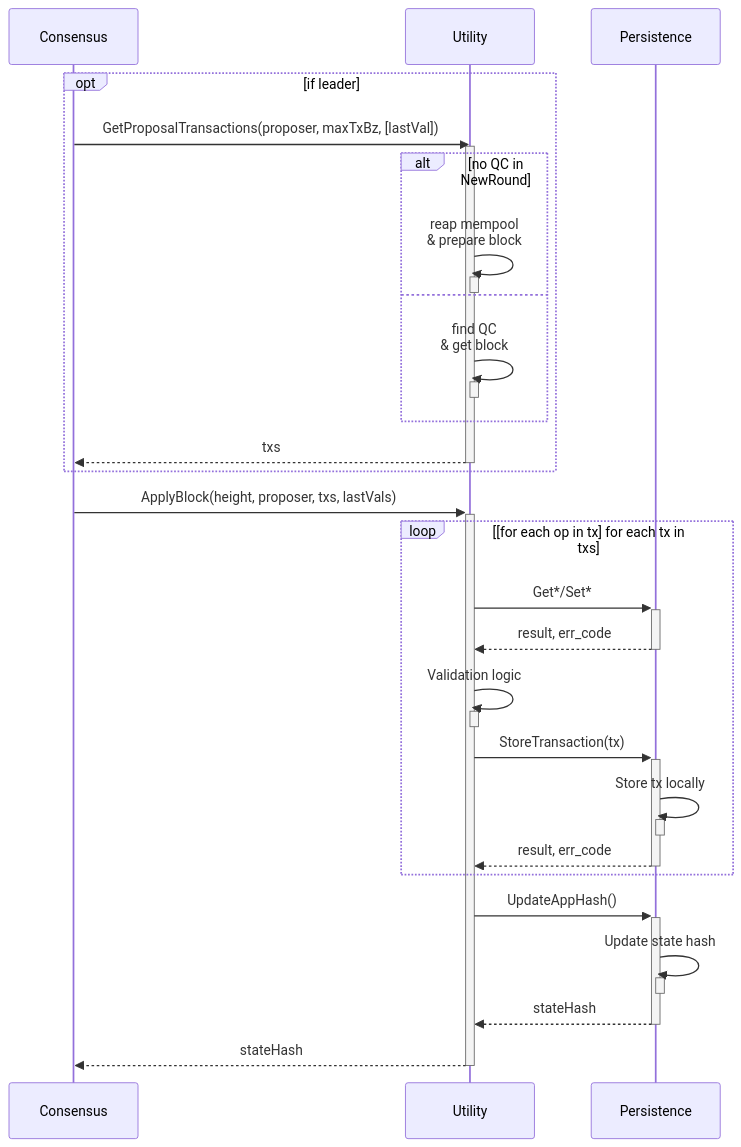
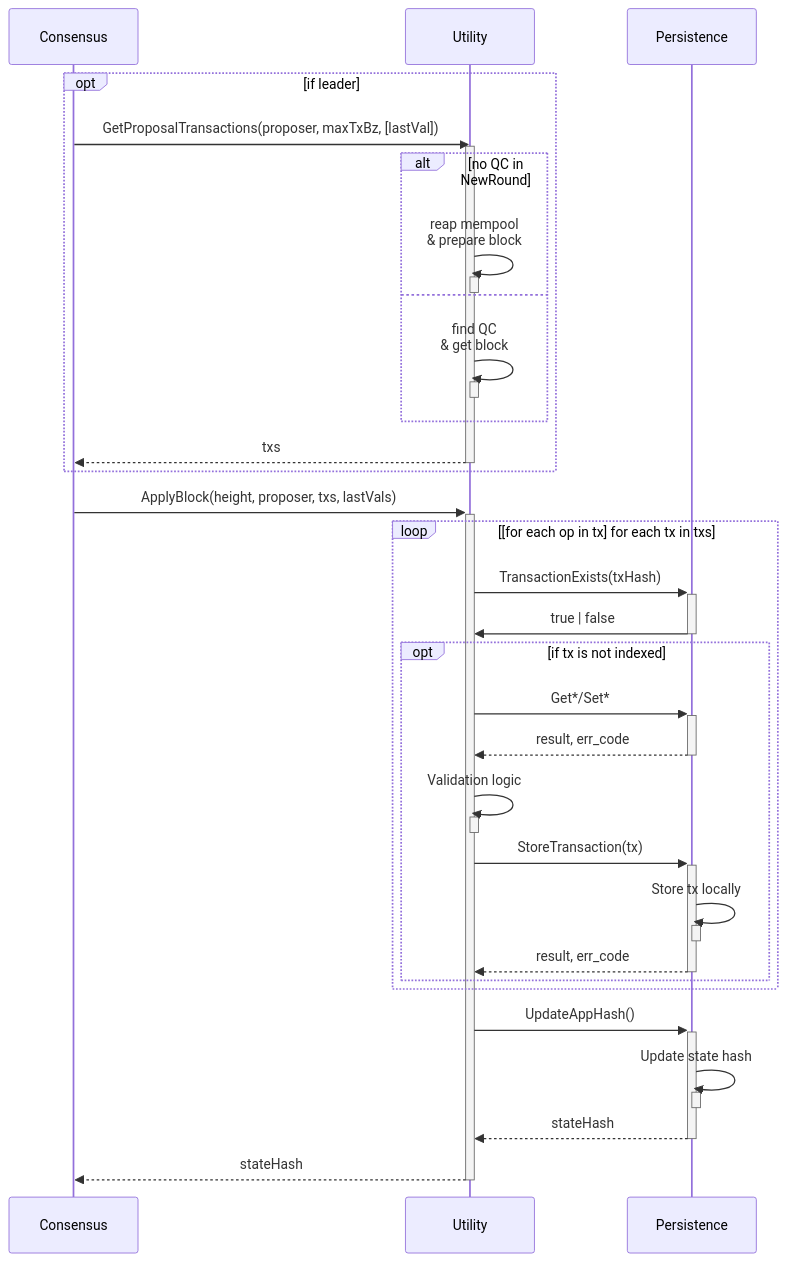
The second of 3 diagrams in shared/docs/flows/AppHash.md (pokt-network/pocket), drawn with Mermaid before and after one commit.

Commit message:
Add call to tx exists

````diff
--- a/shared/docs/flows/AppHash.md
+++ b/shared/docs/flows/AppHash.md
@@ -50,44 +50,48 @@
 ```mermaid
 sequenceDiagram
     participant C as Consensus
     participant U as Utility
     participant P as Persistence
 
     %% Prepare or get block as leader
     opt if leader
         C->>U: GetProposalTransactions(proposer, maxTxBz, [lastVal])
         activate U
         alt no QC in NewRound
         U->>U: reap mempool <br> & prepare block
         activate U
         deactivate U
     else
         U->>U: find QC <br> & get block
         activate U
         deactivate U
         end
         U-->>C: txs
         deactivate U
     end
 
     %% Apply block as leader or replica
     C->>+U: ApplyBlock(height, proposer, txs, lastVals)
     loop [for each op in tx] for each tx in txs
-        U->>+P: Get*/Set*
-        P-->>-U: result, err_code
-        U->>U: Validation logic
-        activate U
-        deactivate U
-        U->>+P: StoreTransaction(tx)
-        P->>P: Store tx locally
-        activate P
-        deactivate P
-        P-->>-U: result, err_code
+        U->>+P: TransactionExists(txHash)
+        P->>-U: true | false
+        opt if tx is not indexed
+            U->>+P: Get*/Set*
+            P-->>-U: result, err_code
+            U->>U: Validation logic
+            activate U
+            deactivate U
+            U->>+P: StoreTransaction(tx)
+            P->>P: Store tx locally
+            activate P
+            deactivate P
+            P-->>-U: result, err_code
+        end
     end
     U->>+P: UpdateAppHash()
     P->>P: Update state hash
     activate P
     deactivate P
     P-->>-U: stateHash
     U-->>-C: stateHash
 ```
````
